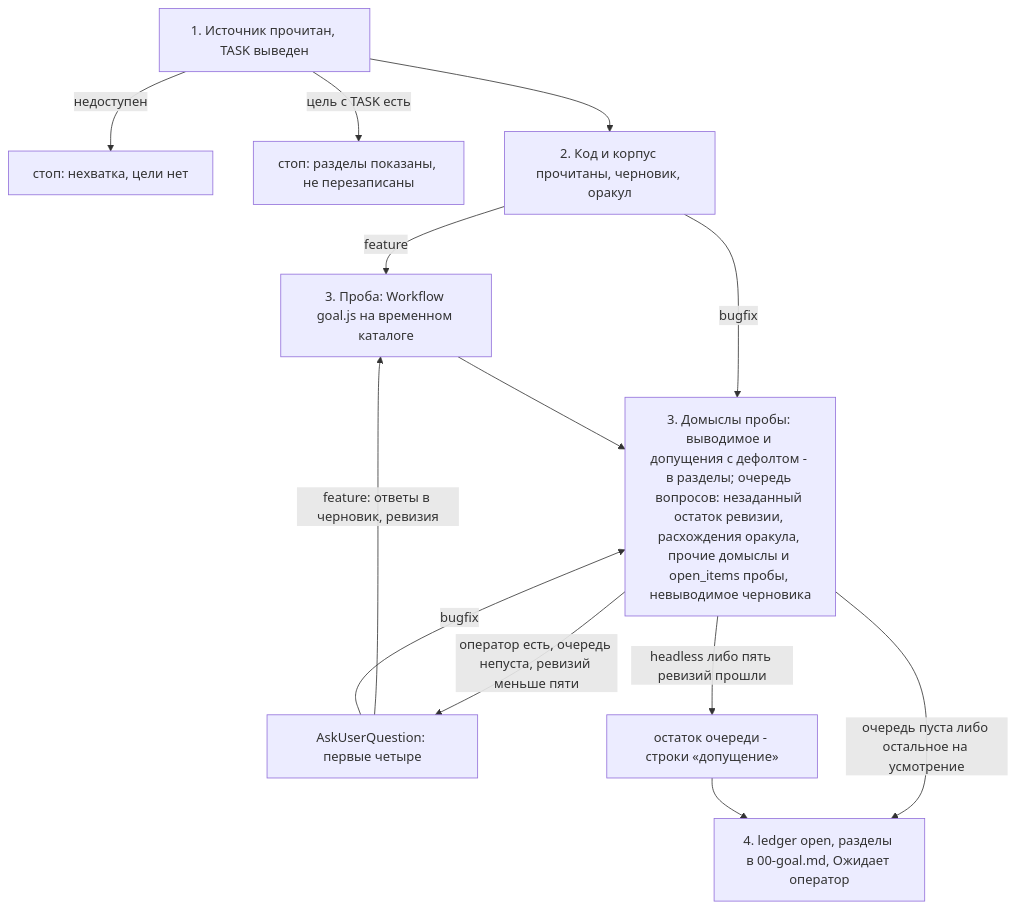
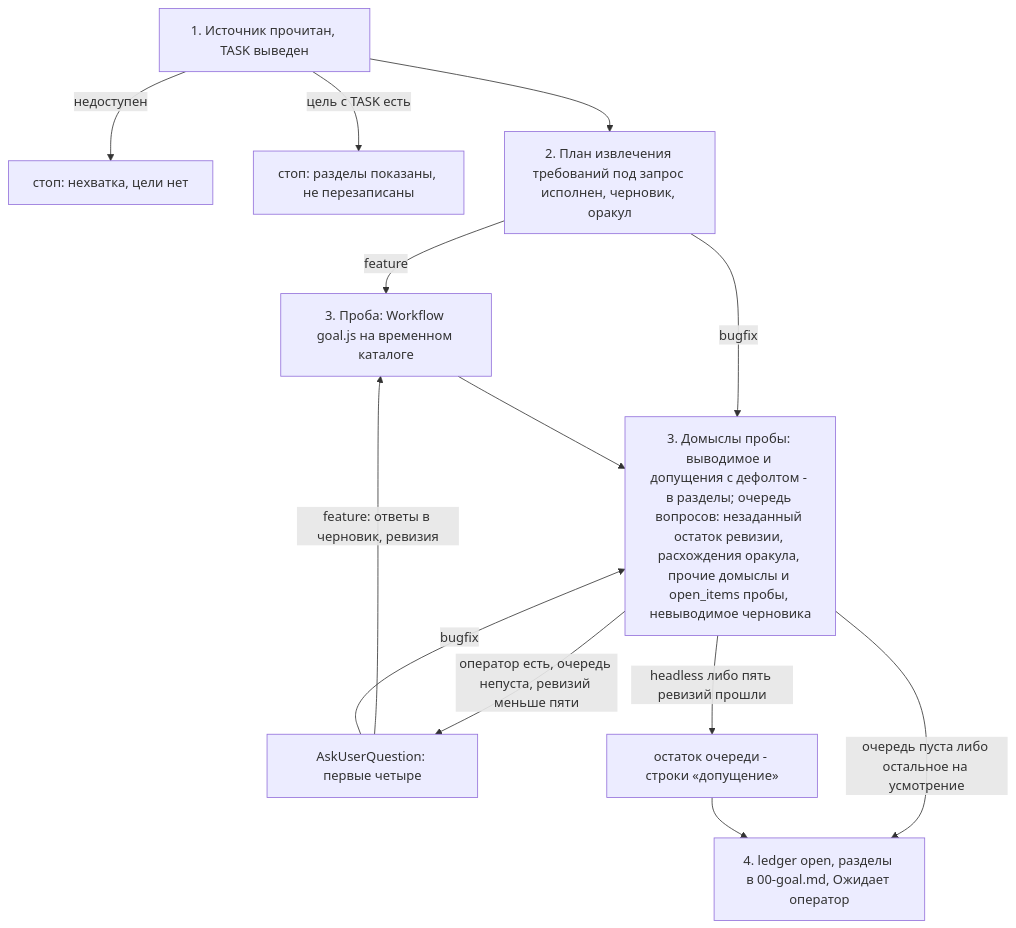
One commit to dex-it/claude-code-marketplace changed the second of 2 diagrams in plugins/auto/docs/tracks/goal.md. Above: the diagram before and after it, drawn with Mermaid. The commit also changed other lines of this file and 2 other files, not shown here.

First line of the commit message:
feat(auto): /goal - план извлечения требований по осям, выбранным по входу

````diff
--- a/plugins/auto/docs/tracks/goal.md
+++ b/plugins/auto/docs/tracks/goal.md
@@ -73,15 +75,15 @@
 ```mermaid
 flowchart TB
   S1["1. Источник прочитан, TASK выведен"] -->|недоступен| X1["стоп: нехватка, цели нет"]
   S1 -->|цель с TASK есть| X2["стоп: разделы показаны, не перезаписаны"]
-  S1 --> S2["2. Код и корпус прочитаны, черновик, оракул"]
+  S1 --> S2["2. План извлечения требований под запрос исполнен, черновик, оракул"]
   S2 -->|feature| P["3. Проба: Workflow goal.js на временном каталоге"]
   S2 -->|bugfix| S3
   P --> S3["3. Домыслы пробы: выводимое и допущения с дефолтом - в разделы; очередь вопросов: незаданный остаток ревизии, расхождения оракула, прочие домыслы и open_items пробы, невыводимое черновика"]
   S3 -->|оператор есть, очередь непуста, ревизий меньше пяти| Q["AskUserQuestion: первые четыре"]
   Q -->|feature: ответы в черновик, ревизия| P
   Q -->|bugfix| S3
   S3 -->|headless либо пять ревизий прошли| D["остаток очереди - строки «допущение»"]
   S3 -->|очередь пуста либо остальное на усмотрение| S4["4. ledger open, разделы в 00-goal.md, Ожидает оператор"]
   D --> S4
 ```
````
